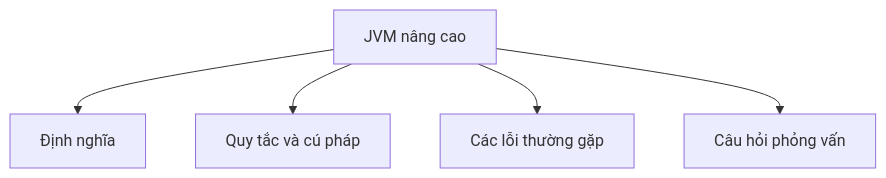
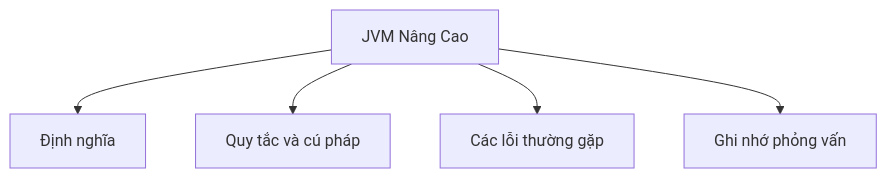
Before and after one commit to PhuThien2005/theoretical-of-java-core: the diagram in vi/37-jvm-advanced/README.md, drawn with Mermaid. The commit also changed other lines of this file and 229 other files, not shown here.

````diff
--- a/vi/37-jvm-advanced/README.md
+++ b/vi/37-jvm-advanced/README.md
@@ -76,7 +76,7 @@
 ```mermaid
 flowchart TD
-    A[JVM nâng cao] --> B[Định nghĩa]
+    A[JVM Nâng Cao] --> B[Định nghĩa]
     A --> C[Quy tắc và cú pháp]
     A --> D[Các lỗi thường gặp]
-    A --> E[Câu hỏi phỏng vấn]
+    A --> E[Ghi nhớ phỏng vấn]
 ```
````
